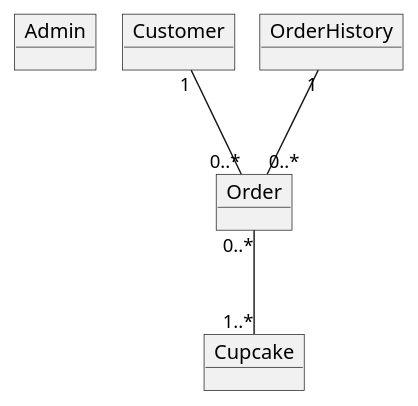
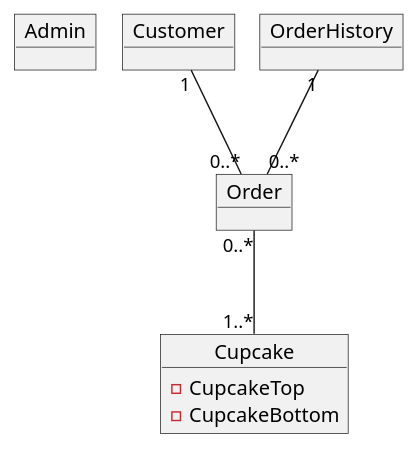
One commit to Ledut-dev/Cupcake changed the diagram in docs/Domain model v2.puml. Above: the diagram before and after it, drawn with PlantUML. The commit also changed 1 other file, not shown here.

```diff
--- a/docs/Domain model v2.puml
+++ b/docs/Domain model v2.puml
@@ -1,20 +1,23 @@
 @startuml
 'https://plantuml.com/class-diagram
 
 !pragma layout smetana
 object Admin
 
 object Customer
 
 object Order
 
-object Cupcake
+object Cupcake{
+- CupcakeTop
+- CupcakeBottom
+}
 
 object OrderHistory
 
 Customer "1" --- "0..*"Order
 Order "0..*" --- "1..*" Cupcake
 OrderHistory "1" --- "0..*" Order
 
 
 @enduml
```
